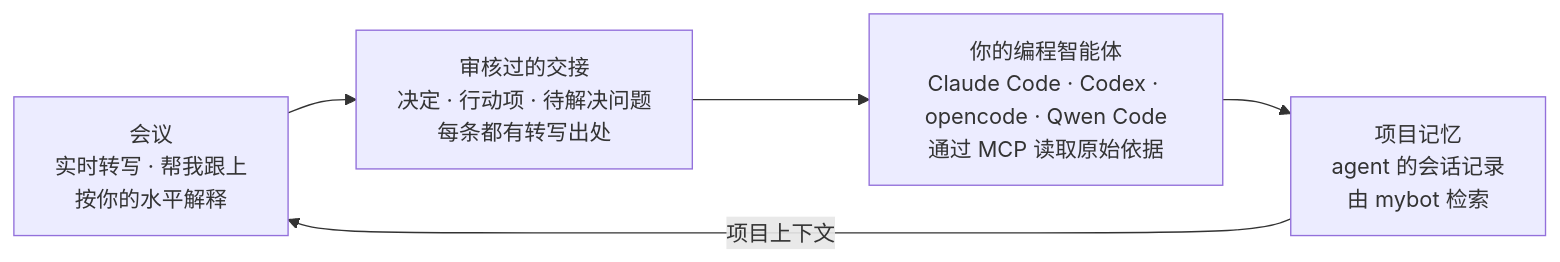
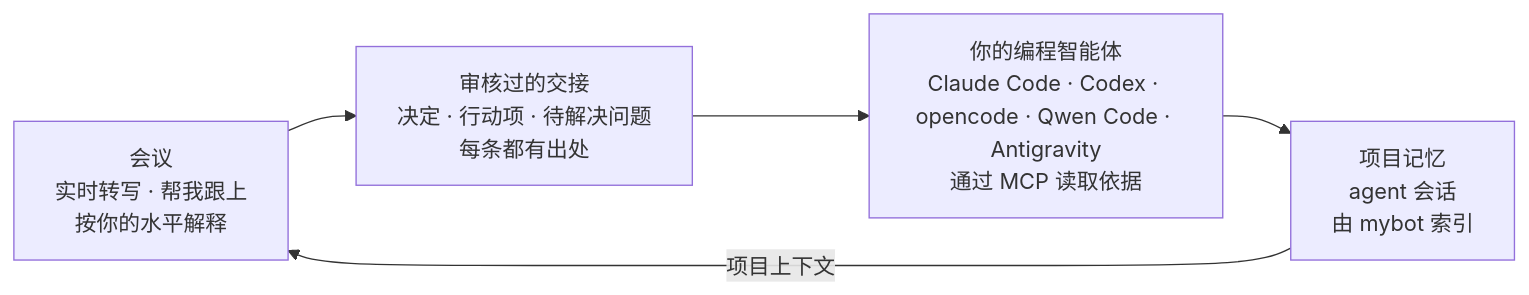
One commit to FakeEnd/chumi changed the diagram in README.zh-CN.md. Above: the diagram before and after it, drawn with Mermaid. The commit also changed other lines of this file and 44 other files, not shown here.

````diff
--- a/README.zh-CN.md
+++ b/README.zh-CN.md
@@ -33,7 +156,7 @@
 ```mermaid
 flowchart LR
-  M["会议<br/>实时转写 · 帮我跟上<br/>按你的水平解释"] --> H["审核过的交接<br/>决定 · 行动项 · 待解决问题<br/>每条都有转写出处"]
-  H --> A["你的编程智能体<br/>Claude Code · Codex · opencode · Qwen Code<br/>通过 MCP 读取原始依据"]
-  A --> P["项目记忆<br/>agent 的会话记录<br/>由 mybot 检索"]
+  M["会议<br/>实时转写 · 帮我跟上<br/>按你的水平解释"] --> H["审核过的交接<br/>决定 · 行动项 · 待解决问题<br/>每条都有出处"]
+  H --> A["你的编程智能体<br/>Claude Code · Codex · opencode · Qwen Code · Antigravity<br/>通过 MCP 读取依据"]
+  A --> P["项目记忆<br/>agent 会话<br/>由 mybot 索引"]
   P -- "项目上下文" --> M
 ```
````
